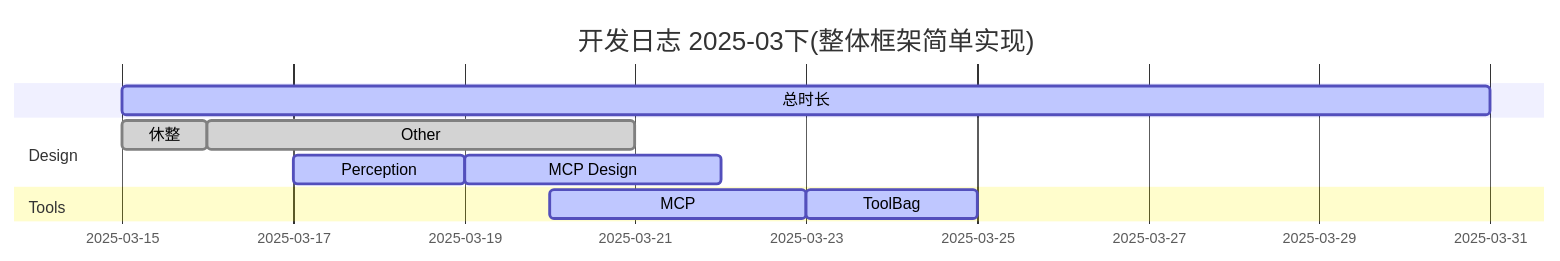
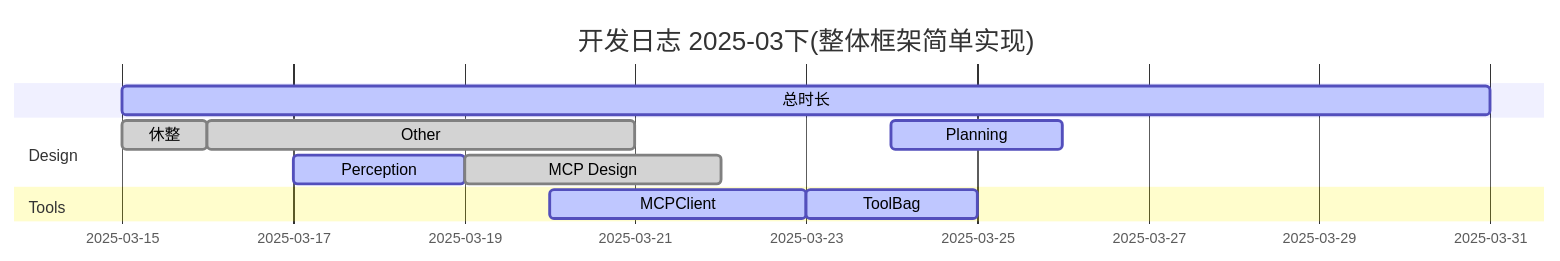
Before and after one commit to SleeeepyZhou/AIdot: the second of 2 diagrams in addons/AIdot/.Asset/Develop_log.md, drawn with Mermaid. The commit also changed other lines of this file, not shown here.

````diff
--- a/addons/AIdot/.Asset/Develop_log.md
+++ b/addons/AIdot/.Asset/Develop_log.md
@@ -57,22 +54,23 @@
 ```mermaid
 ---
 displayMode: compact
 ---
 gantt
 	title 开发日志 2025-03下(整体框架简单实现)
 	dateFormat  YYYY-MM-DD
 	总时长 :active, 2025-03-15, 16d
 	section Design
 		休整 :done, 2025-03-15, 1d
 		Other :done, 2025-03-16, 5d
 		Perception :active, 2025-03-17, 2d
-		MCP Design :active, 2025-03-19, 3d
+		MCP Design :done, 2025-03-19, 3d
+		Planning :active, 2025-03-24, 2d
 	section Model Layer
 	section Agent
 	section Memory
 	section Perception
 	section Planning
 	section Tools
-		MCP :active, 2025-03-20, 3d
+		MCPClient :active, 2025-03-20, 3d
 		ToolBag :active, 2025-03-23, 2d
 ```
````
